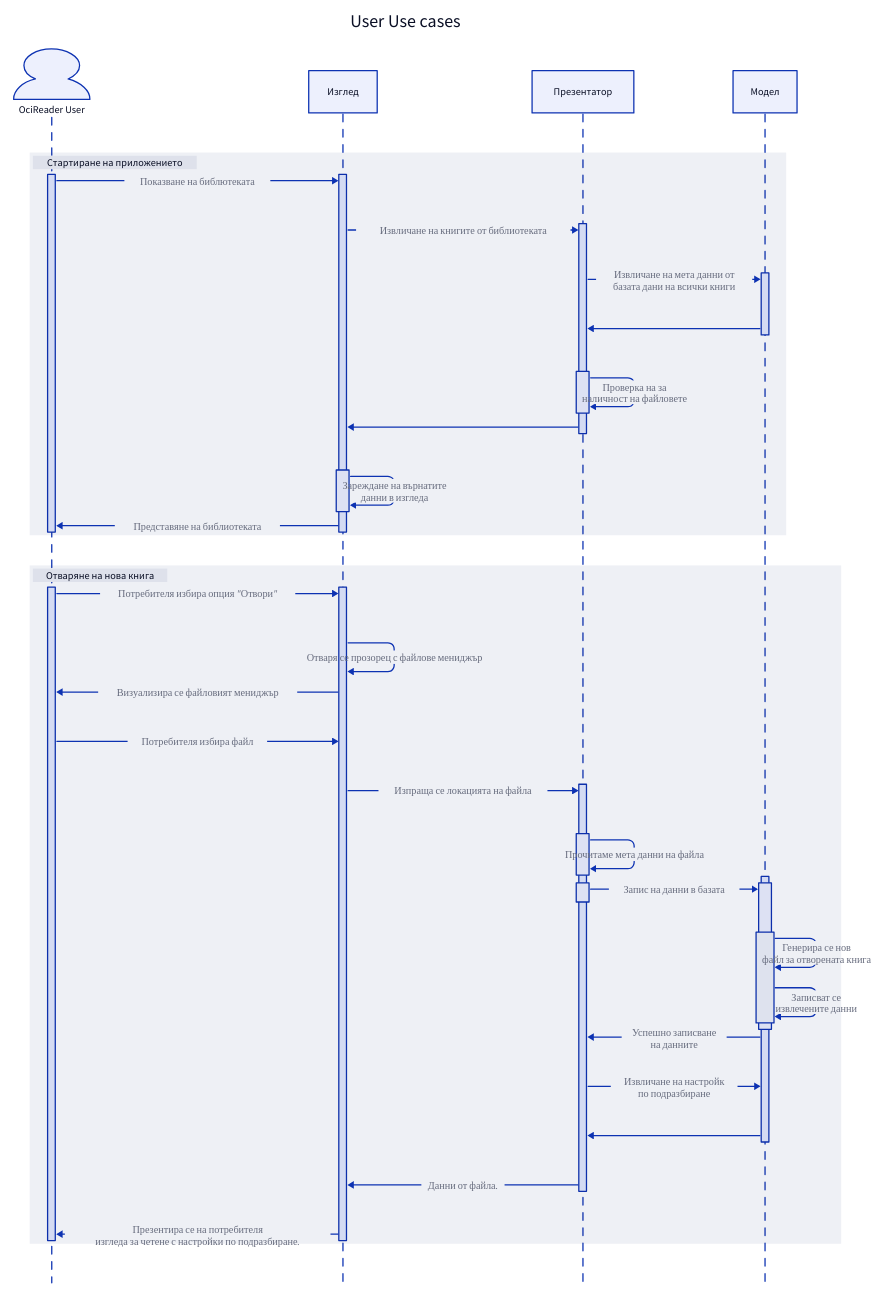
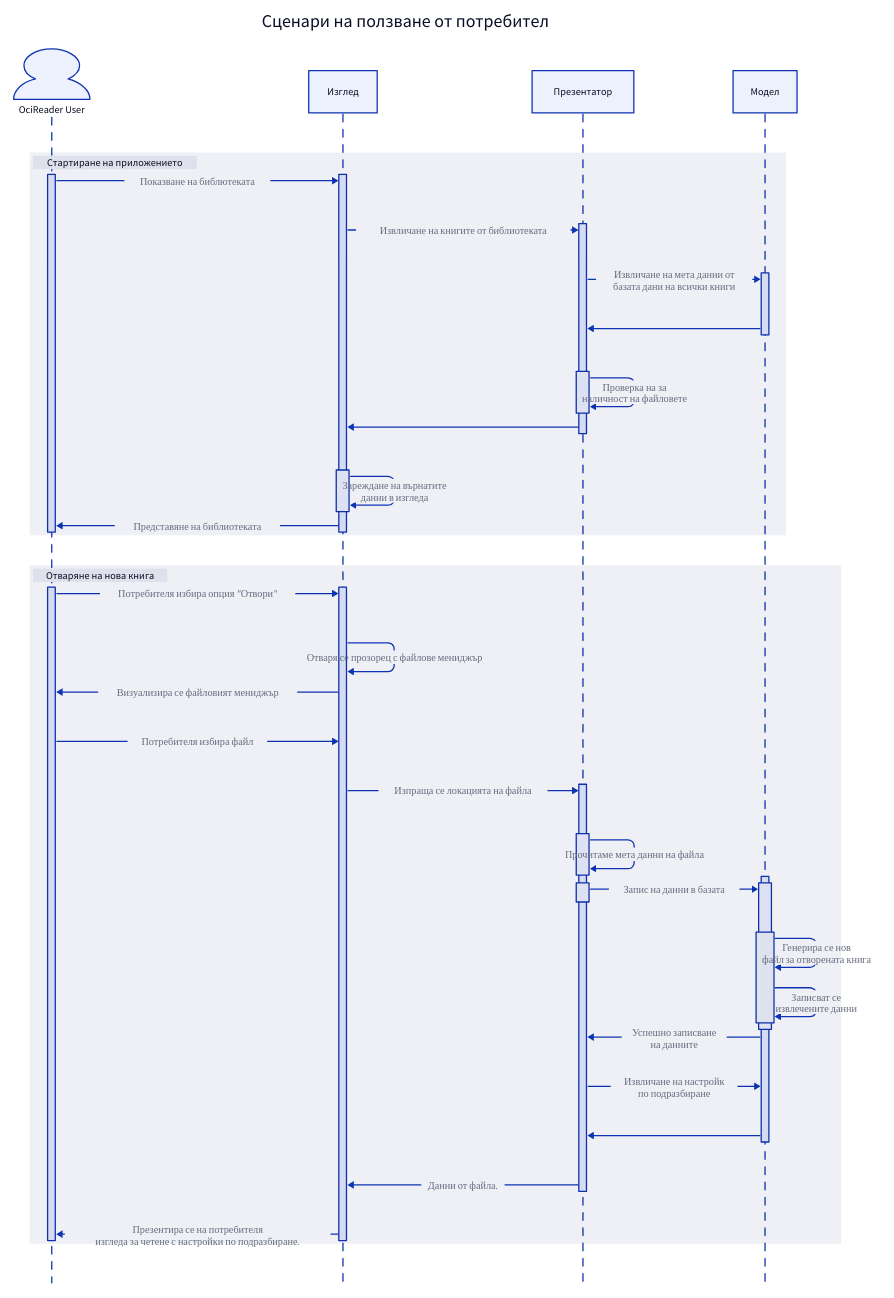
One commit to hmilanov/OciReader changed the diagram in user_usecases/open_loaad.d2. Above: the diagram before and after it, drawn with D2. The commit also changed 2 other files, not shown here.

```diff
--- a/user_usecases/open_loaad.d2
+++ b/user_usecases/open_loaad.d2
@@ -1,43 +1,43 @@
-"User Use cases": {
+"Сценари на ползване от потребител": {
   shape: sequence_diagram
   user: {
     label: OciReader User
     shape: person
   }
   layer1: {
     label: Изглед
   }
   layer2: {
     label: Презентатор
   }
   layer3: {
     label: Модел
   }
   "Стартиране на приложението": {
     user.start -> layer1.start: Показване на библютеката\n
     layer1.start -> layer2.start: Извличане на книгите от библиотеката\n
     layer2.start -> layer3.start: Извличане на мета данни от\nбазата дани на всички книги
     layer3.start -> layer2.start
     layer2.start.file_check -> layer2.start.file_check: Проверка на за\nналичност на файловете\n
     layer2.start -> layer1.start
     layer1.start.generate_view -> layer1.start.generate_view: Зареждане на върнатите\nданни в изгледа\n
     layer1.start -> user.start: Представяне на библиотеката\n
   }
   # Second phase        
   "Отваряне на нова  книга": {
     user.open -> layer1.open: Потребителя избира опция "Отвори"
     layer1.open -> layer1.open: Отваря се прозорец с файлове мениджър
     layer1.open -> user.open: Визуализира се файловият мениджър
     user.open -> layer1.open: Потребителя избира файл
     layer1.open -> layer2.open: Изпраща се локацията на файла
     layer2.open.read_file -> layer2.open.read_file: Прочитаме мета данни на файла
     layer2.open.record -> layer3.open.record: Запис на данни в базата
     layer3.open.record.store_record -> layer3.open.record.store_record: Генерира се нов\nфайл за отворената книга
     layer3.open.record.store_record -> layer3.open.record.store_record: Записват се\nизвлечените данни
     layer3.open -> layer2.open: Успешно записване\nна данните
     layer2.open -> layer3.open: Извличане на настройк\nпо подразбиране
     layer3.open -> layer2.open
     layer2.open -> layer1.open: Данни от файла. 
     layer1.open -> user.open: Презентира се на потребителя\nизгледа за четене с настройки по подразбиране.
   }
 }
```
